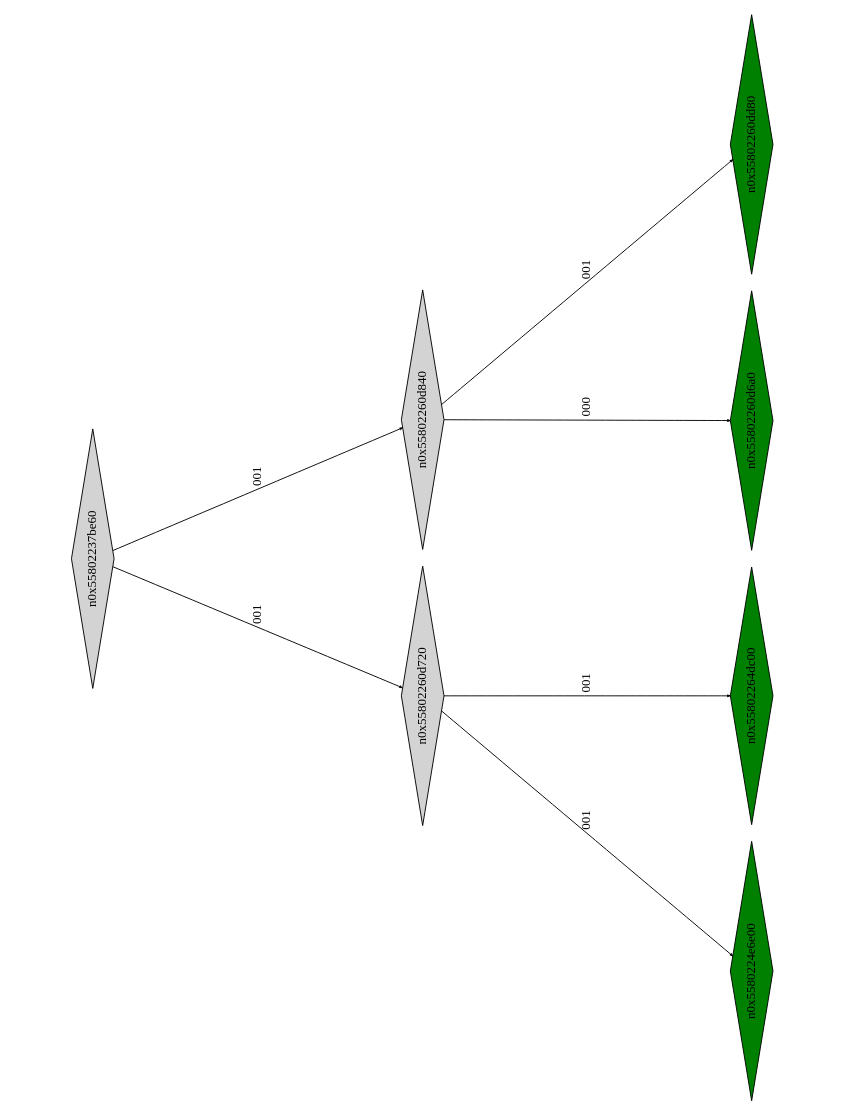
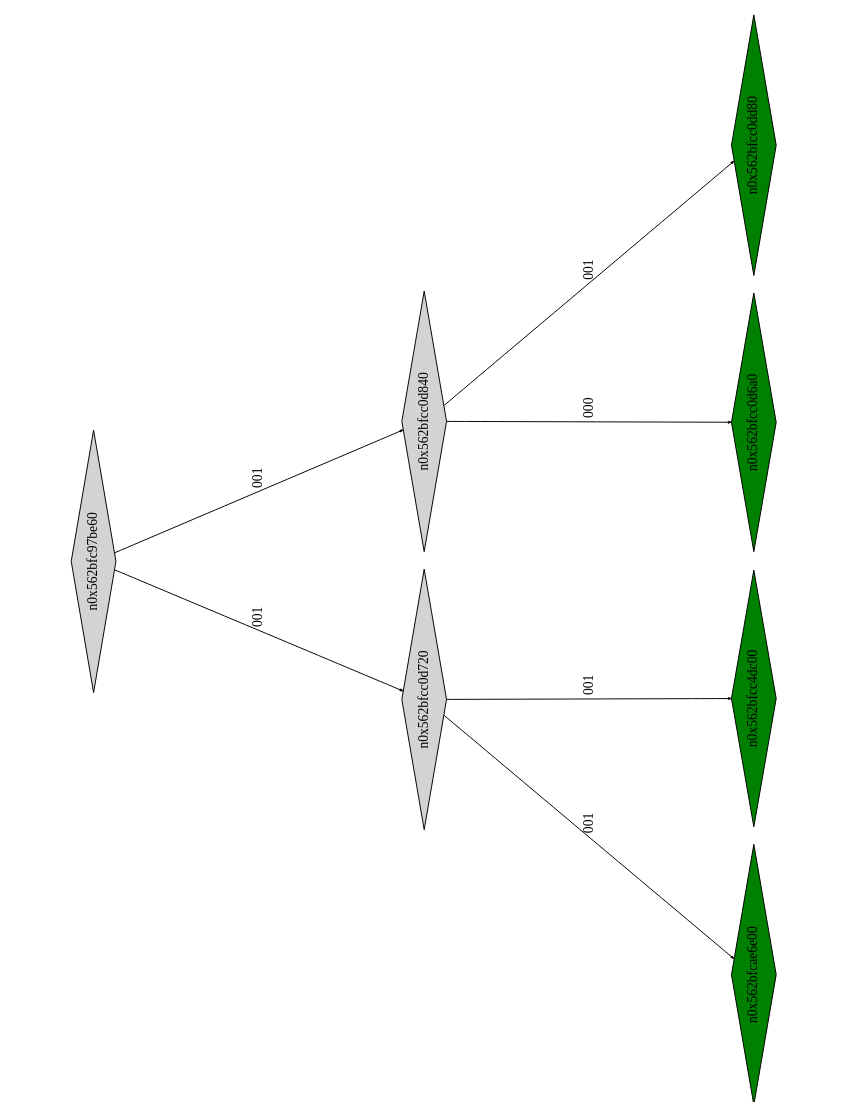
Before and after one commit to Research-Tools-PAVT/PSE-Program-Examples: the diagram in montyhall_klee_out/ptree_00020928.dot, drawn with Graphviz. The commit also changed 60 other files, not shown here.

```diff
--- a/montyhall_klee_out/ptree_00020928.dot
+++ b/montyhall_klee_out/ptree_00020928.dot
@@ -1,21 +1,21 @@
 digraph G {
 	size="10,7.5";
 	ratio=fill;
 	rotate=90;
 	center = "true";
 	node [style="filled",width=.1,height=.1,fontname="Terminus"]
 	edge [arrowsize=.3]
-	n0x55802237be60 [shape=diamond];
-	n0x55802237be60 -> n0x55802260d720 [label=001];
-	n0x55802237be60 -> n0x55802260d840 [label=001];
-	n0x55802260d840 [shape=diamond];
-	n0x55802260d840 -> n0x55802260d6a0 [label=000];
-	n0x55802260d840 -> n0x55802260dd80 [label=001];
-	n0x55802260dd80 [shape=diamond,fillcolor=green];
-	n0x55802260d6a0 [shape=diamond,fillcolor=green];
-	n0x55802260d720 [shape=diamond];
-	n0x55802260d720 -> n0x5580224e6e00 [label=001];
-	n0x55802260d720 -> n0x55802264dc00 [label=001];
-	n0x55802264dc00 [shape=diamond,fillcolor=green];
-	n0x5580224e6e00 [shape=diamond,fillcolor=green];
+	n0x562bfc97be60 [shape=diamond];
+	n0x562bfc97be60 -> n0x562bfcc0d720 [label=001];
+	n0x562bfc97be60 -> n0x562bfcc0d840 [label=001];
+	n0x562bfcc0d840 [shape=diamond];
+	n0x562bfcc0d840 -> n0x562bfcc0d6a0 [label=000];
+	n0x562bfcc0d840 -> n0x562bfcc0dd80 [label=001];
+	n0x562bfcc0dd80 [shape=diamond,fillcolor=green];
+	n0x562bfcc0d6a0 [shape=diamond,fillcolor=green];
+	n0x562bfcc0d720 [shape=diamond];
+	n0x562bfcc0d720 -> n0x562bfcae6e00 [label=001];
+	n0x562bfcc0d720 -> n0x562bfcc4dc00 [label=001];
+	n0x562bfcc4dc00 [shape=diamond,fillcolor=green];
+	n0x562bfcae6e00 [shape=diamond,fillcolor=green];
 }
```
